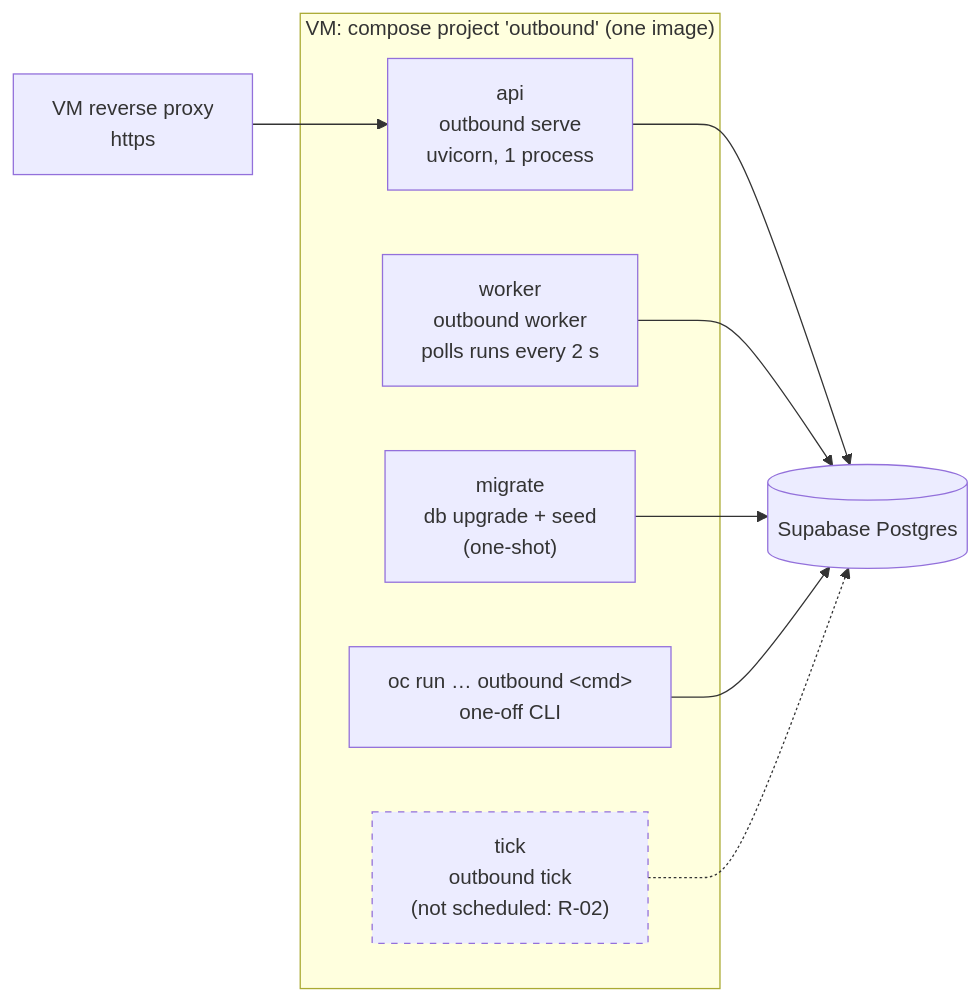
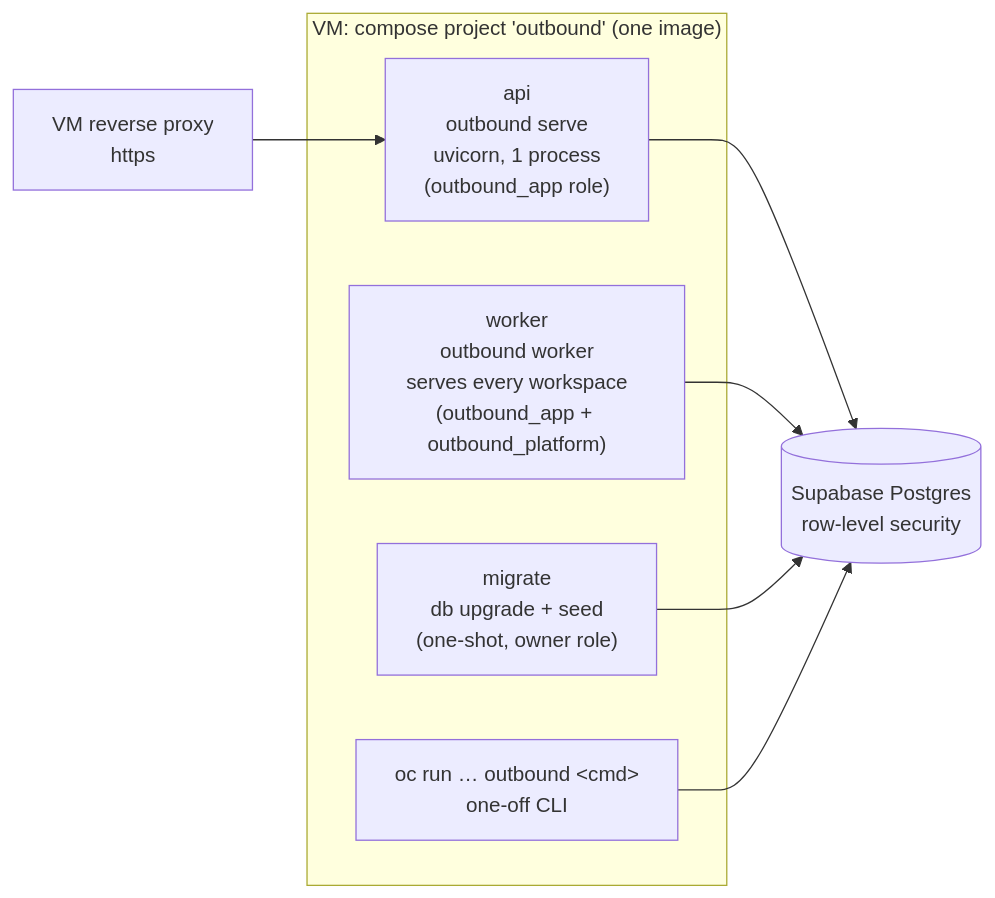
Before and after one commit to rahul-trip/email_campaign: the first of 4 diagrams in docs/technical/hld/hld.md, drawn with Mermaid. The commit also changed other lines of this file and 1 other file, not shown here.

````diff
--- a/docs/technical/hld/hld.md
+++ b/docs/technical/hld/hld.md
@@ -34,17 +36,14 @@
 ```mermaid
 flowchart LR
     subgraph VM["VM: compose project 'outbound' (one image)"]
-        migrate["migrate<br/>db upgrade + seed<br/>(one-shot)"]
-        api["api<br/>outbound serve<br/>uvicorn, 1 process"]
-        worker["worker<br/>outbound worker<br/>polls runs every 2 s"]
-        tick["tick<br/>outbound tick<br/>(not scheduled: R-02)"]:::gap
+        migrate["migrate<br/>db upgrade + seed<br/>(one-shot, owner role)"]
+        api["api<br/>outbound serve<br/>uvicorn, 1 process<br/>(outbound_app role)"]
+        worker["worker<br/>outbound worker<br/>serves every workspace<br/>(outbound_app + outbound_platform)"]
         oneoff["oc run … outbound &lt;cmd&gt;<br/>one-off CLI"]
     end
     proxy[VM reverse proxy<br/>https] --> api
-    api --> db[(Supabase Postgres)]
+    api --> db[("Supabase Postgres<br/>row-level security")]
     worker --> db
     migrate --> db
     oneoff --> db
-    tick -.-> db
-    classDef gap stroke-dasharray: 5 5
 ```
````
